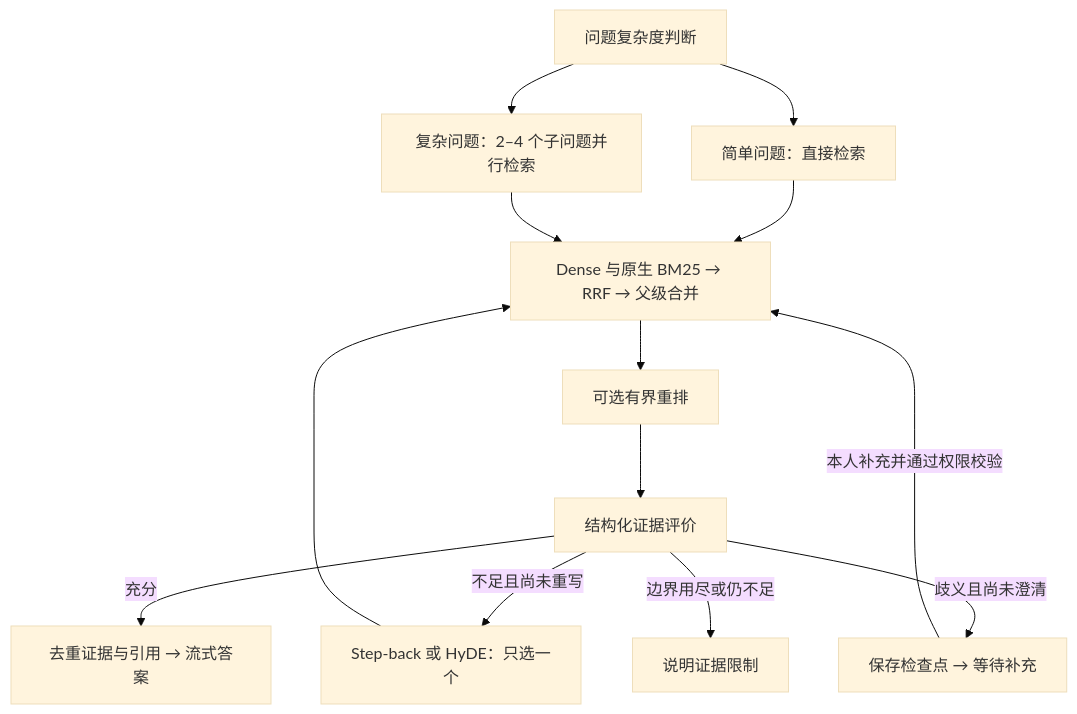
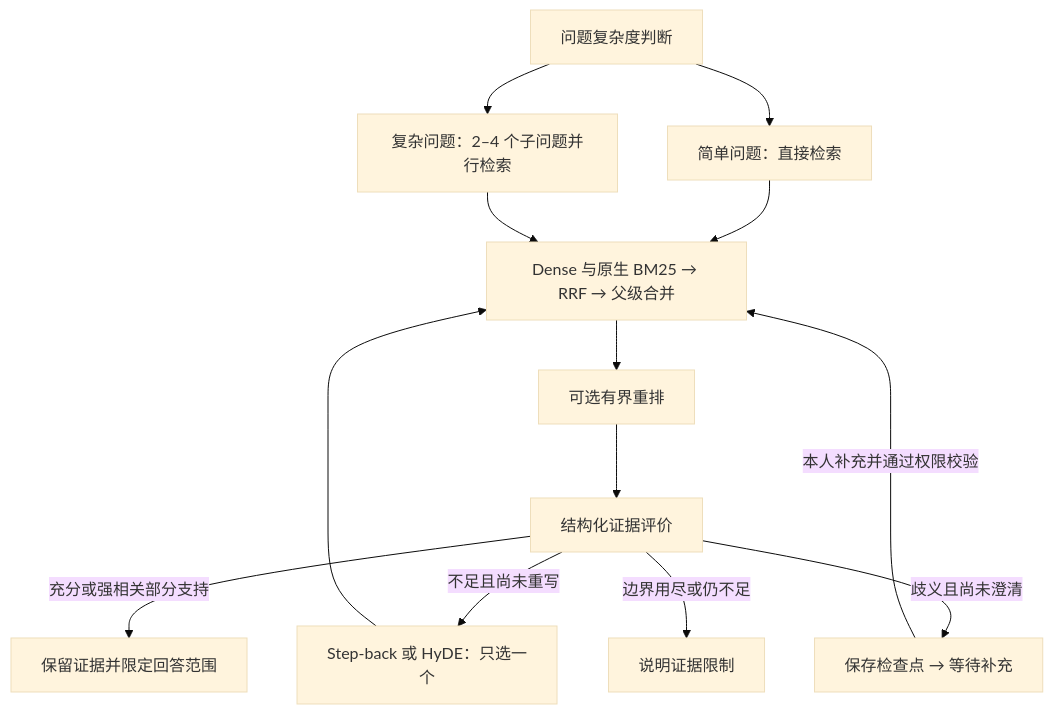
Before and after one commit to CyberXtremeWonder/YugiTalk: the diagram in docs/ENHANCED_RAG.md, drawn with Mermaid (base theme). The commit also changed other lines of this file and 394 other files, not shown here.

````diff
--- a/docs/ENHANCED_RAG.md
+++ b/docs/ENHANCED_RAG.md
@@ -9,15 +9,15 @@
 ```mermaid
 flowchart TD
     A[问题复杂度判断] --> B[简单问题：直接检索]
     A --> C[复杂问题：2–4 个子问题并行检索]
     B --> D[Dense 与原生 BM25 → RRF → 父级合并]
     C --> D
     D --> E[可选有界重排]
     E --> F[结构化证据评价]
-    F -->|充分| G[去重证据与引用 → 流式答案]
+    F -->|充分或强相关部分支持| G[保留证据并限定回答范围]
     F -->|不足且尚未重写| H[Step-back 或 HyDE：只选一个]
     H --> D
     F -->|歧义且尚未澄清| I[保存检查点 → 等待补充]
     I -->|本人补充并通过权限校验| D
     F -->|边界用尽或仍不足| J[说明证据限制]
 ```
````
